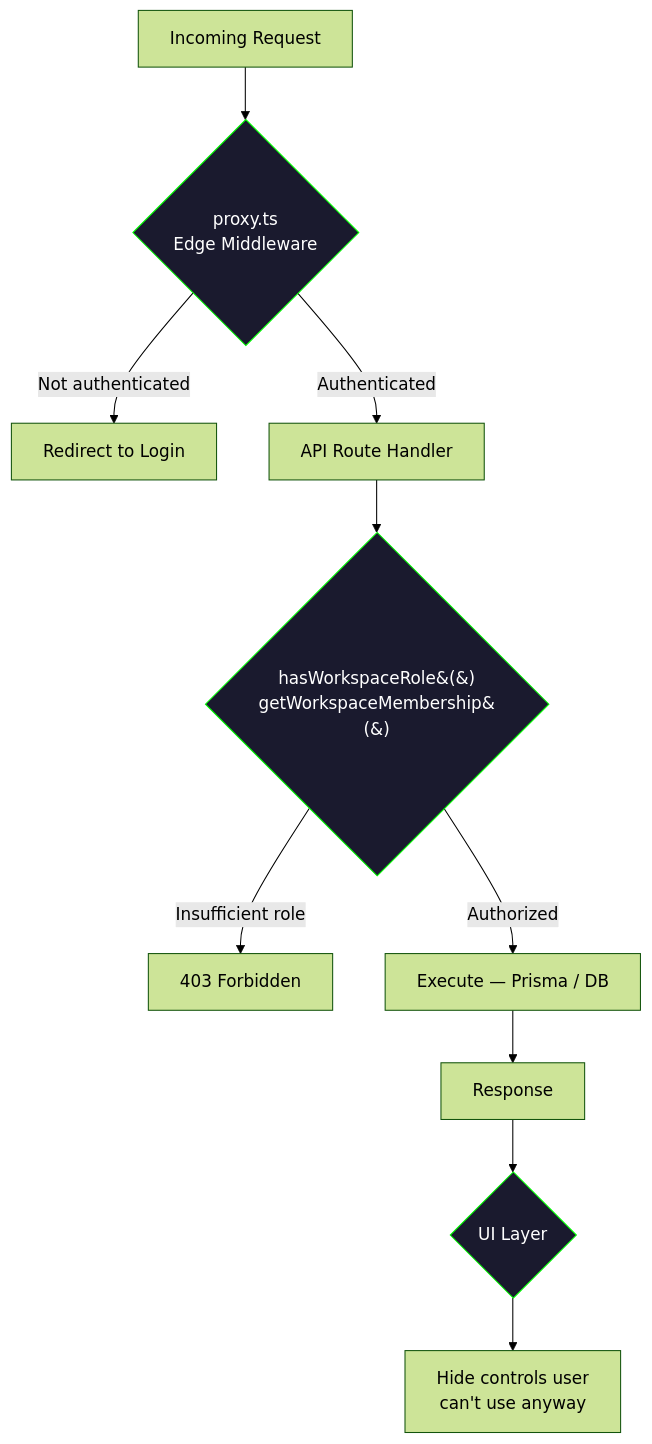
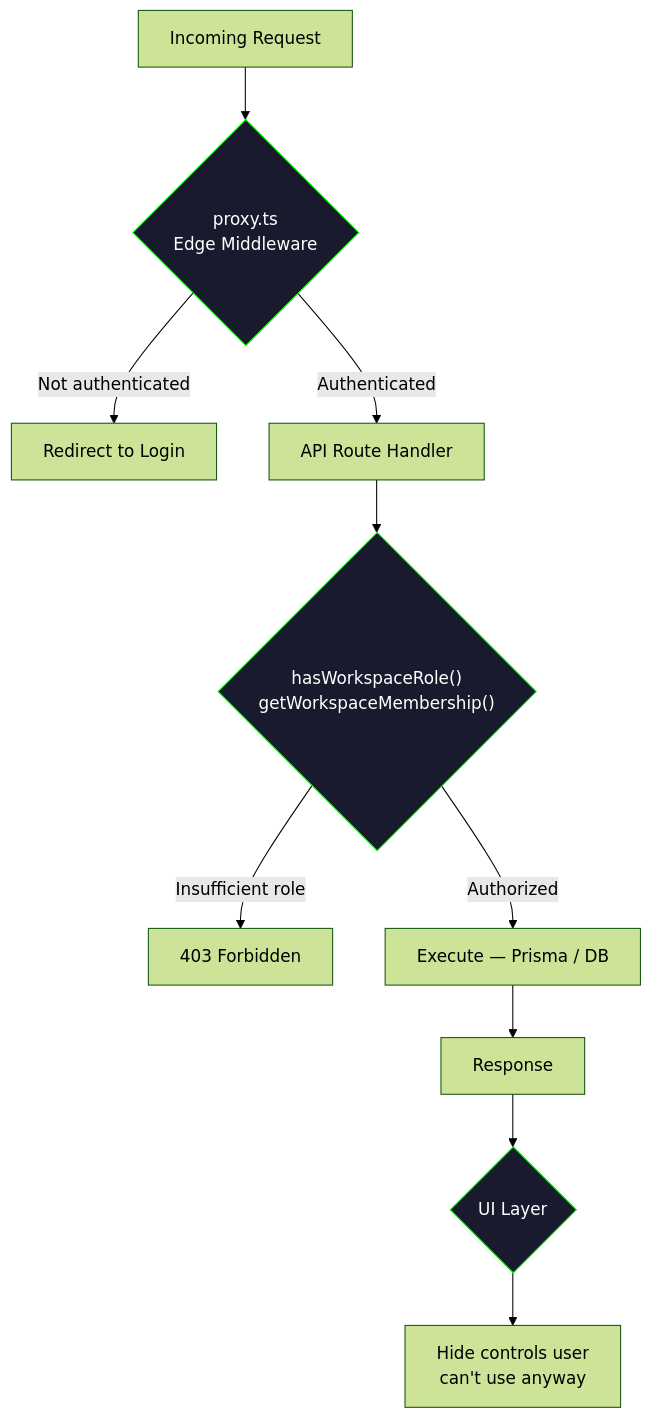
The first of 2 diagrams in README.md (gurjung/devboard-platform), drawn with Mermaid (forest theme) before and after one commit.

Commit message:
docs: fix Mermaid flowchart syntax in README

````diff
--- a/README.md
+++ b/README.md
@@ -105,16 +105,16 @@
 ```mermaid
 flowchart TD
-    A[Incoming Request] --> B{proxy.ts<br/>Edge Middleware}
+    A[Incoming Request] --> B{"proxy.ts<br/>Edge Middleware"}
     B -->|Not authenticated| C[Redirect to Login]
     B -->|Authenticated| D[API Route Handler]
-    D --> E{hasWorkspaceRole&#40;&#41;<br/>getWorkspaceMembership&#40;&#41;}
+    D --> E{"hasWorkspaceRole()<br/>getWorkspaceMembership()"}
     E -->|Insufficient role| F[403 Forbidden]
-    E -->|Authorized| G[Execute — Prisma / DB]
+    E -->|Authorized| G["Execute — Prisma / DB"]
     G --> H[Response]
-    H --> I{UI Layer}
-    I --> J[Hide controls user<br/>can't use anyway]
+    H --> I{"UI Layer"}
+    I --> J["Hide controls user<br/>can't use anyway"]
 
     style B fill:#1a1a2e,stroke:#0f0,color:#fff
     style E fill:#1a1a2e,stroke:#0f0,color:#fff
     style I fill:#1a1a2e,stroke:#0f0,color:#fff
 ```
````
